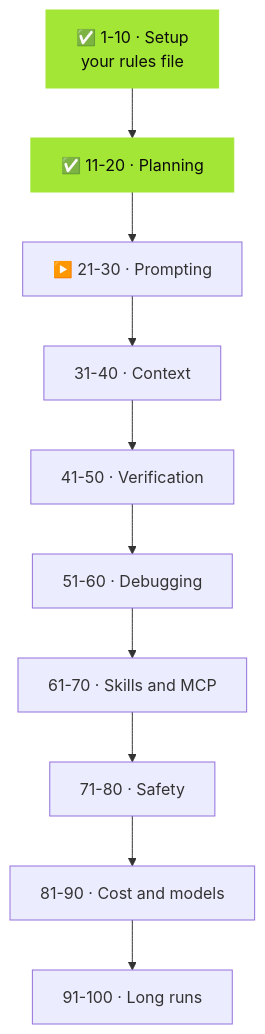
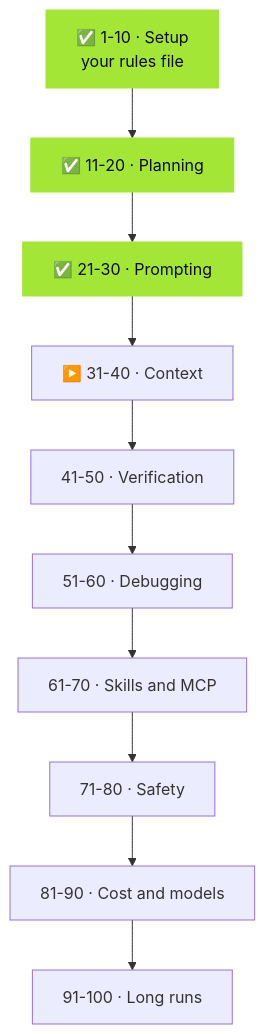
Before and after one commit to sebuzdugan/100-tricks-lab: the second of 2 diagrams in README.md, drawn with Mermaid. The commit also changed other lines of this file and 1220 other files, not shown here.

````diff
--- a/README.md
+++ b/README.md
@@ -85,7 +86,8 @@
 ```mermaid
 flowchart TB
-  M1["✅ 1-10 · Setup<br>your rules file"] --> M2["✅ 11-20 · Planning"] --> M3["▶️ 21-30 · Prompting"] --> M4["31-40 · Context"] --> M5["41-50 · Verification"]
+  M1["✅ 1-10 · Setup<br>your rules file"] --> M2["✅ 11-20 · Planning"] --> M3["✅ 21-30 · Prompting"] --> M4["▶️ 31-40 · Context"] --> M5["41-50 · Verification"]
   M5 --> M6["51-60 · Debugging"] --> M7["61-70 · Skills and MCP"] --> M8["71-80 · Safety"] --> M9["81-90 · Cost and models"] --> M10["91-100 · Long runs"]
   style M1 fill:#A3E635,stroke:#A3E635,color:#0B0B0D
   style M2 fill:#A3E635,stroke:#A3E635,color:#0B0B0D
+  style M3 fill:#A3E635,stroke:#A3E635,color:#0B0B0D
 ```
````
